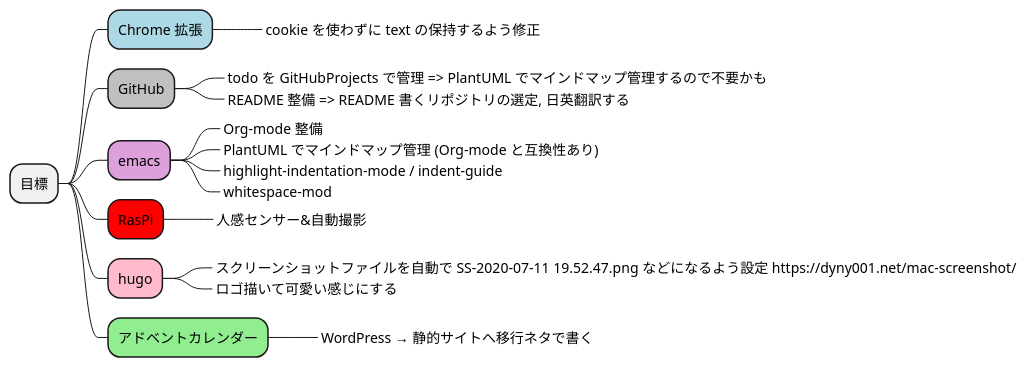
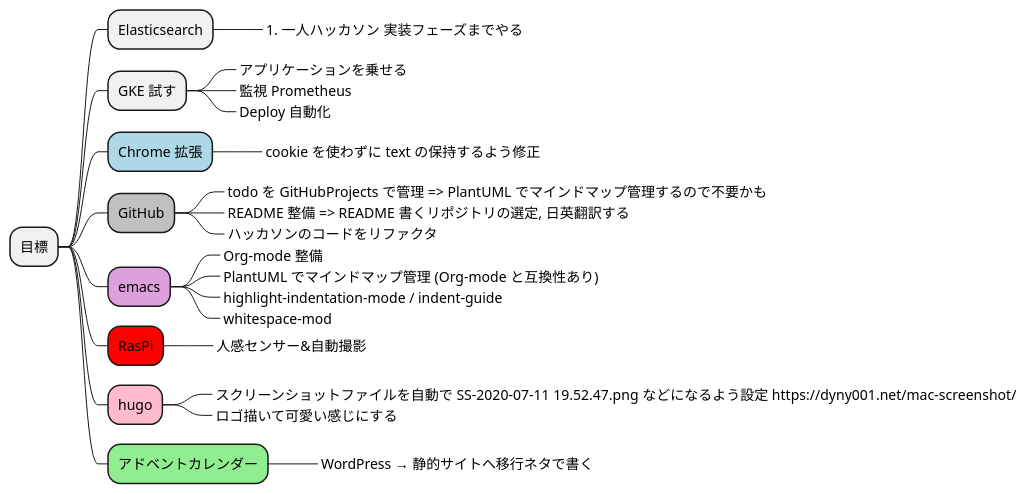
Before and after one commit to Ishizuka427/MindMap: the diagram in test.puml, drawn with PlantUML.

```diff
--- a/test.puml
+++ b/test.puml
@@ -1,20 +1,27 @@
 @startmindmap
 * 目標
+** Elasticsearch
+***_ #一人ハッカソン 実装フェーズまでやる
+** GKE 試す
+***_ アプリケーションを乗せる
+***_ 監視 Prometheus
+***_ Deploy 自動化 
 **[#lightblue] Chrome 拡張
 ***_ cookie を使わずに text の保持するよう修正
 **[#silver] GitHub
 ***_ todo を GitHubProjects で管理 => PlantUML でマインドマップ管理するので不要かも
 ***_ README 整備 => README 書くリポジトリの選定, 日英翻訳する
+***_ ハッカソンのコードをリファクタ
 **[#plum] emacs
 ***_ Org-mode 整備
 ***_ PlantUML でマインドマップ管理 (Org-mode と互換性あり)
 ***_ highlight-indentation-mode / indent-guide
 ***_ whitespace-mod
 **[#red] RasPi
 ***_ 人感センサー&自動撮影
 **[#FFBBCC] hugo
 ***_ スクリーンショットファイルを自動で SS-2020-07-11 19.52.47.png などになるよう設定 https://dyny001.net/mac-screenshot/
 ***_ ロゴ描いて可愛い感じにする
 **[#lightgreen] アドベントカレンダー
 ***_ WordPress → 静的サイトへ移行ネタで書く
 @endmindmap
```
